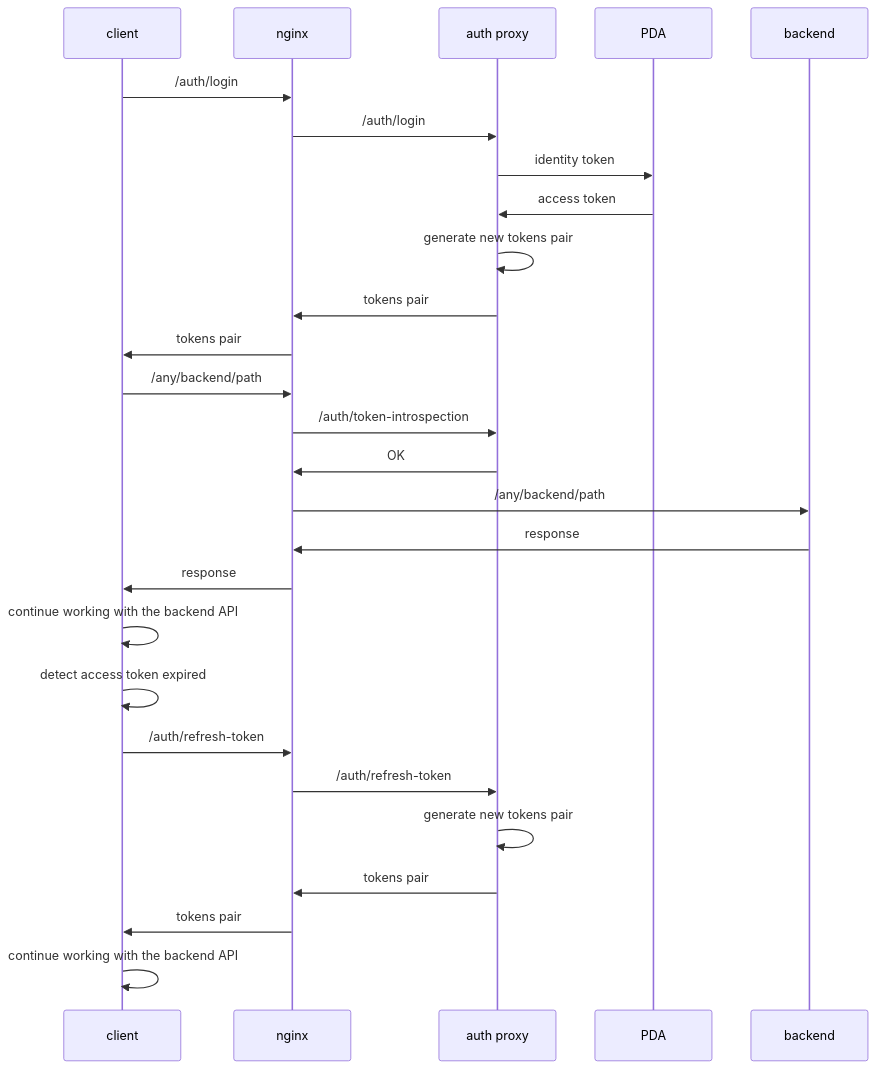
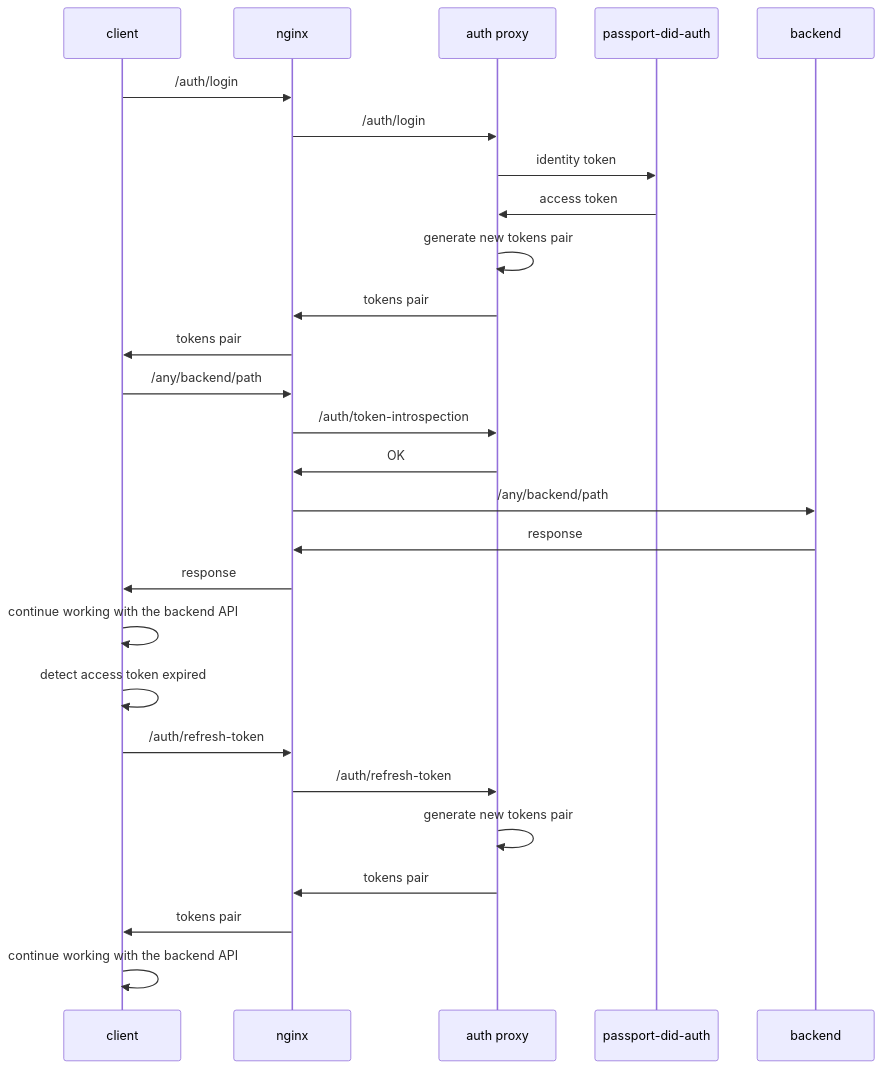
Before and after one commit to energywebfoundation/did-auth-proxy: the diagram in Readme.md, drawn with Mermaid.

Commit message:
fix: renaming PDA to passport-did-auth

````diff
--- a/Readme.md
+++ b/Readme.md
@@ -11,24 +11,29 @@
 ```mermaid
 sequenceDiagram
+    participant client
+    participant nginx
+    participant auth proxy
+    participant PDA as passport-did-auth
+   
     client->>nginx: /auth/login
     nginx->>auth proxy: /auth/login
     auth proxy ->> PDA: identity token
     PDA->>auth proxy: access token
     auth proxy->>auth proxy: generate new tokens pair
     auth proxy->> nginx: tokens pair
     nginx->>client: tokens pair
     client->>nginx: /any/backend/path
     nginx->>auth proxy: /auth/token-introspection
     auth proxy->>nginx: OK
     nginx->>backend: /any/backend/path
     backend->>nginx: response
     nginx->>client: response
     client->>client: continue working with the backend API
     client->>client: detect access token expired
     client->>nginx: /auth/refresh-token
     nginx->>auth proxy: /auth/refresh-token
     auth proxy->>auth proxy: generate new tokens pair
     auth proxy->> nginx: tokens pair
     nginx->>client: tokens pair
     client->>client: continue working with the backend API
 ```
````
